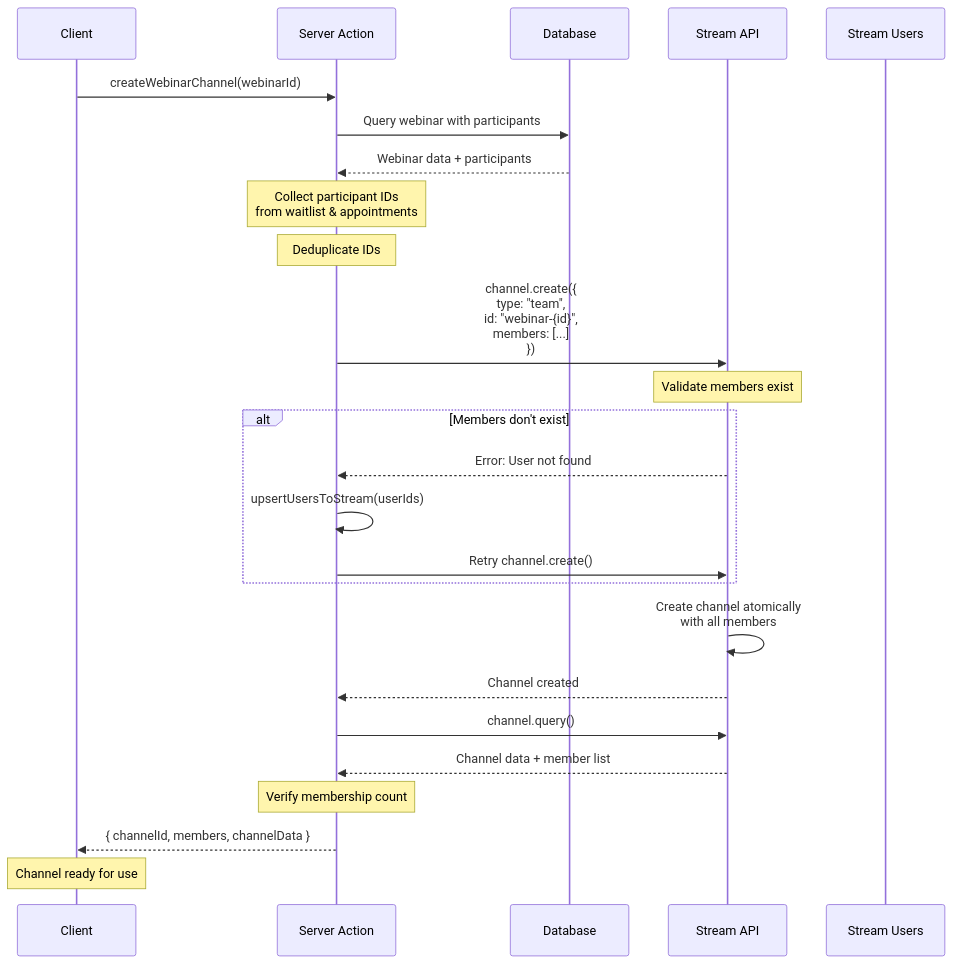
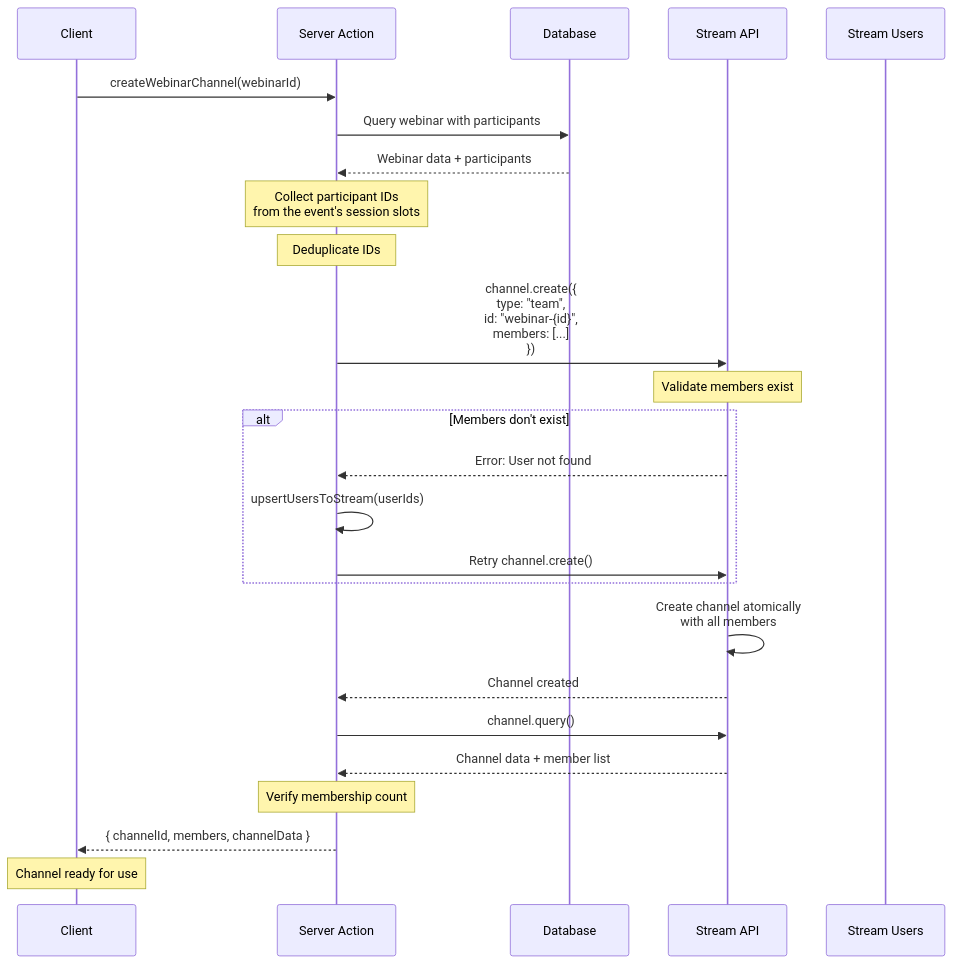
Before and after one commit to Practitionist/familiarise_web: the diagram in docs/stream/04-chat-implementation.md, drawn with Mermaid. The commit also changed other lines of this file and 181 other files, not shown here.

````diff
--- a/docs/stream/04-chat-implementation.md
+++ b/docs/stream/04-chat-implementation.md
@@ -396,37 +387,37 @@
 ```mermaid
 sequenceDiagram
     participant C as Client
     participant SA as Server Action
     participant DB as Database
     participant Stream as Stream API
     participant User as Stream Users
 
     C->>SA: createWebinarChannel(webinarId)
     SA->>DB: Query webinar with participants
     DB-->>SA: Webinar data + participants
 
-    Note over SA: Collect participant IDs<br/>from waitlist & appointments
+    Note over SA: Collect participant IDs<br/>from the event's session slots
     Note over SA: Deduplicate IDs
 
     SA->>Stream: channel.create({<br/>type: "team",<br/>id: "webinar-{id}",<br/>members: [...]<br/>})
 
     Note over Stream: Validate members exist
 
     alt Members don't exist
         Stream-->>SA: Error: User not found
         SA->>SA: upsertUsersToStream(userIds)
         SA->>Stream: Retry channel.create()
     end
 
     Stream->>Stream: Create channel atomically<br/>with all members
     Stream-->>SA: Channel created
 
     SA->>Stream: channel.query()
     Stream-->>SA: Channel data + member list
 
     Note over SA: Verify membership count
 
     SA-->>C: { channelId, members, channelData }
 
     Note over C: Channel ready for use
 ```
````
